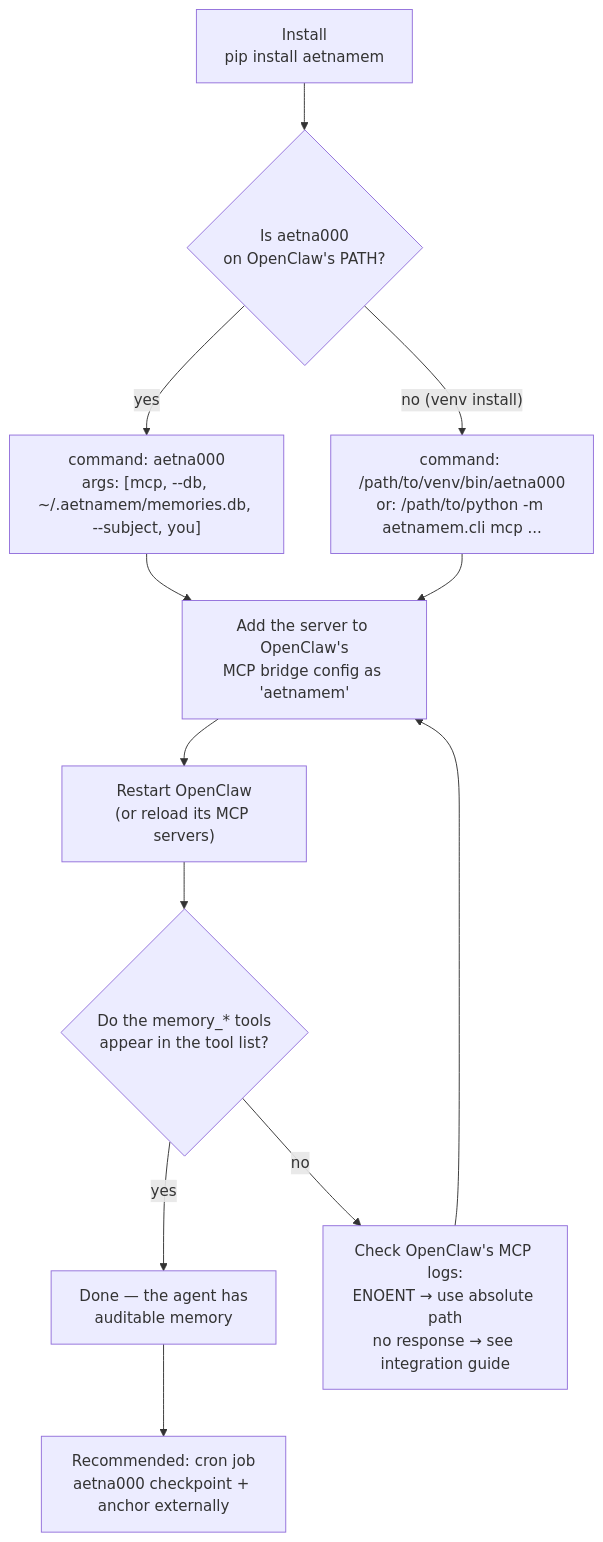
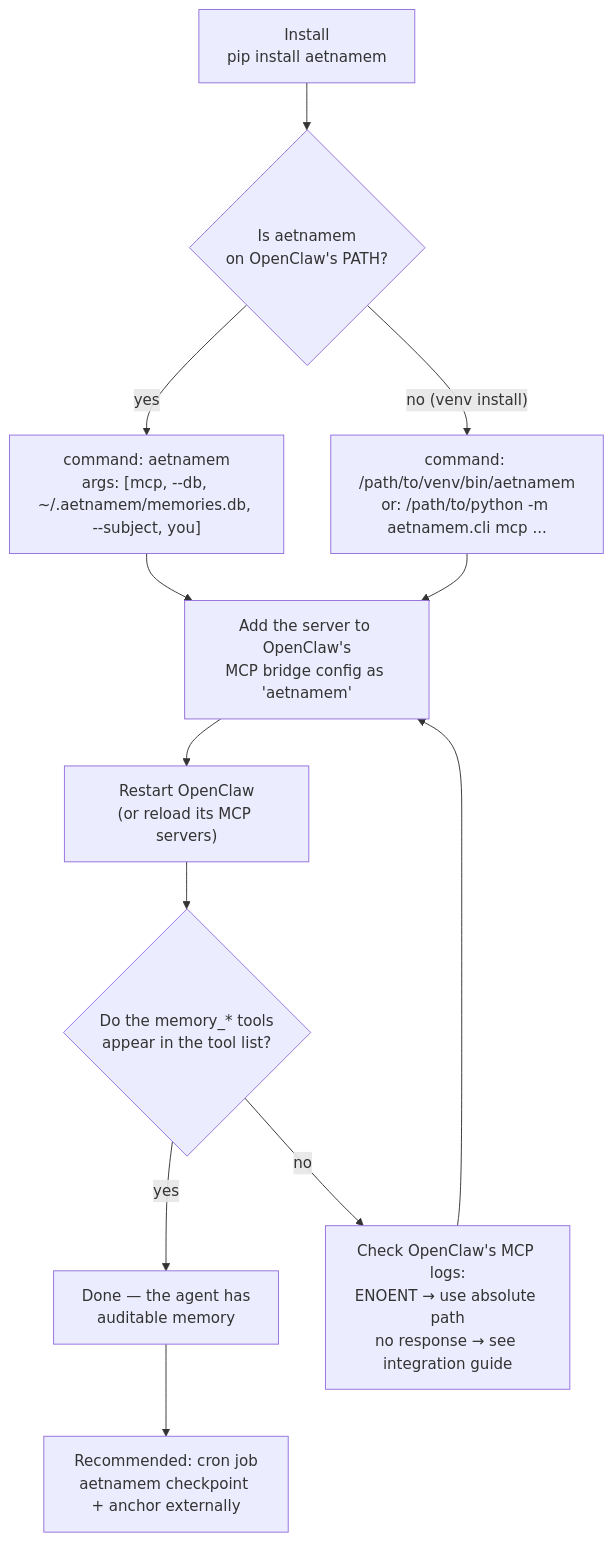
Before and after one commit to aetna000/aetnamem: the first of 4 diagrams in docs/openclaw-setup.md, drawn with Mermaid. The commit also changed other lines of this file and 26 other files, not shown here.

Commit message:
Use aetnamem product command

````diff
--- a/docs/openclaw-setup.md
+++ b/docs/openclaw-setup.md
@@ -12,14 +12,14 @@
 ```mermaid
 flowchart TD
-    A["Install<br/>pip install aetnamem"] --> B{"Is aetna000<br/>on OpenClaw's PATH?"}
-    B -- "yes" --> C["command: aetna000<br/>args: [mcp, --db, ~/.aetnamem/memories.db, --subject, you]"]
-    B -- "no (venv install)" --> D["command: /path/to/venv/bin/aetna000<br/>or: /path/to/python -m aetnamem.cli mcp ..."]
+    A["Install<br/>pip install aetnamem"] --> B{"Is aetnamem<br/>on OpenClaw's PATH?"}
+    B -- "yes" --> C["command: aetnamem<br/>args: [mcp, --db, ~/.aetnamem/memories.db, --subject, you]"]
+    B -- "no (venv install)" --> D["command: /path/to/venv/bin/aetnamem<br/>or: /path/to/python -m aetnamem.cli mcp ..."]
     C --> E["Add the server to OpenClaw's<br/>MCP bridge config as 'aetnamem'"]
     D --> E
     E --> F["Restart OpenClaw<br/>(or reload its MCP servers)"]
     F --> G{"Do the memory_* tools<br/>appear in the tool list?"}
     G -- "yes" --> H["Done — the agent has<br/>auditable memory"]
     G -- "no" --> I["Check OpenClaw's MCP logs:<br/>ENOENT → use absolute path<br/>no response → see integration guide"]
     I --> E
-    H --> J["Recommended: cron job<br/>aetna000 checkpoint + anchor externally"]
+    H --> J["Recommended: cron job<br/>aetnamem checkpoint + anchor externally"]
 ```
````
